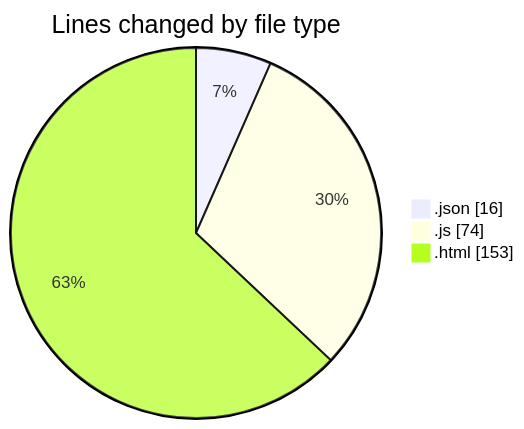
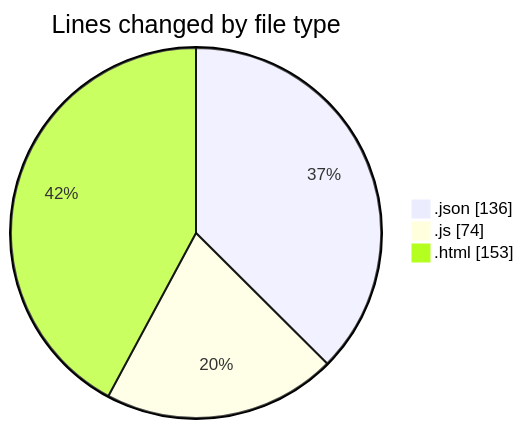
The first of 2 diagrams in 2025-11-09/movies/README.md (momahboobian/code-tracking), drawn with Mermaid before and after one commit. The commit also changed other lines of this file and 1 other file, not shown here.

````diff
--- a/2025-11-09/movies/README.md
+++ b/2025-11-09/movies/README.md
@@ -24,7 +24,7 @@
 ```mermaid
 pie showData
 title Lines changed by file type
-".json" : 16
+".json" : 136
 ".js" : 74
 ".html" : 153
 ```
````
